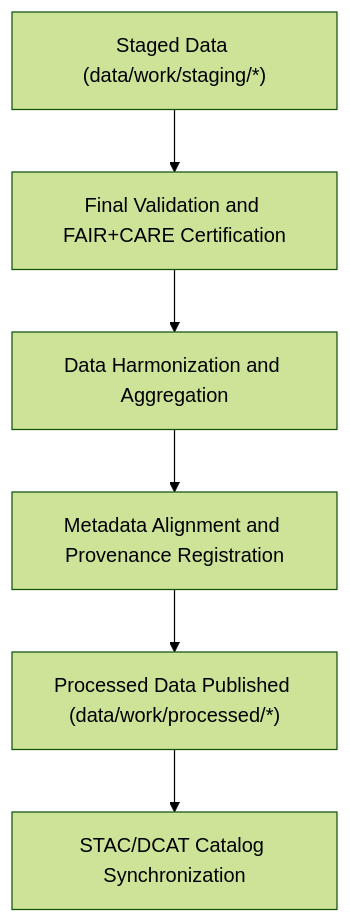
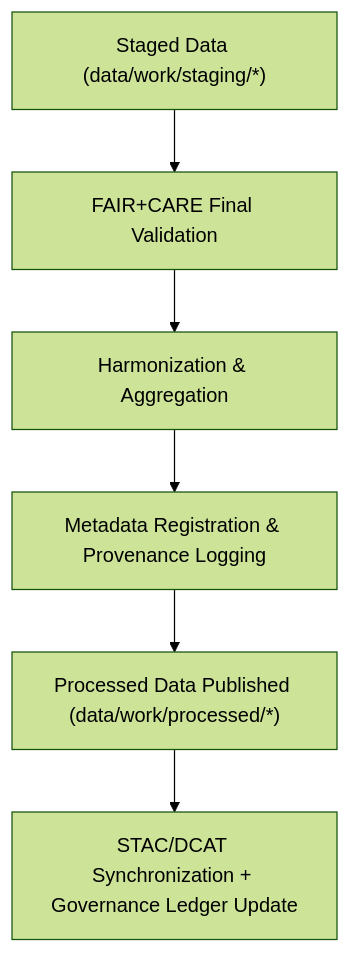
Before and after one commit to bartytime4life/Kansas-Frontier-Matrix: the diagram in data/work/processed/README.md, drawn with Mermaid (forest theme). The commit also changed other lines of this file, not shown here.

````diff
--- a/data/work/processed/README.md
+++ b/data/work/processed/README.md
@@ -87,8 +94,8 @@
 ```mermaid
 flowchart TD
-    A["Staged Data (data/work/staging/*)"] --> B["Final Validation and FAIR+CARE Certification"]
-    B --> C["Data Harmonization and Aggregation"]
-    C --> D["Metadata Alignment and Provenance Registration"]
+    A["Staged Data (data/work/staging/*)"] --> B["FAIR+CARE Final Validation"]
+    B --> C["Harmonization & Aggregation"]
+    C --> D["Metadata Registration & Provenance Logging"]
     D --> E["Processed Data Published (data/work/processed/*)"]
-    E --> F["STAC/DCAT Catalog Synchronization"]
+    E --> F["STAC/DCAT Synchronization + Governance Ledger Update"]
 ```
````
